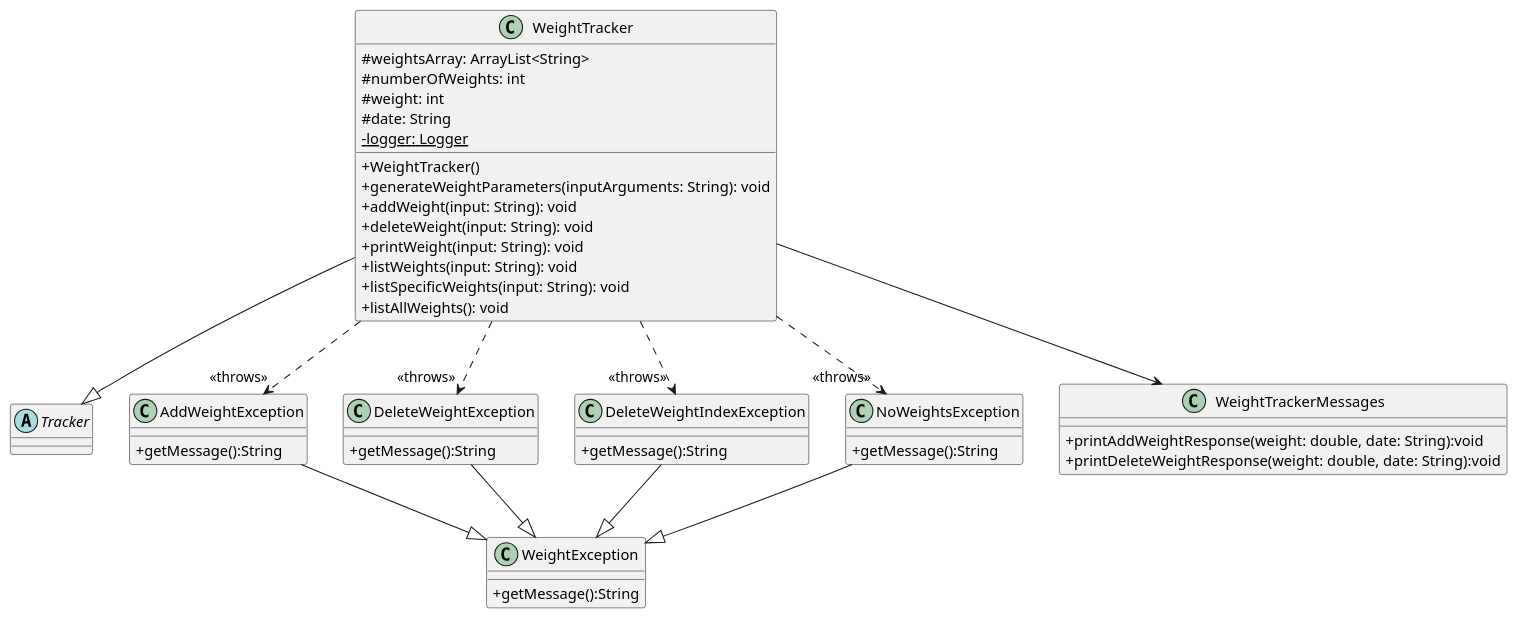
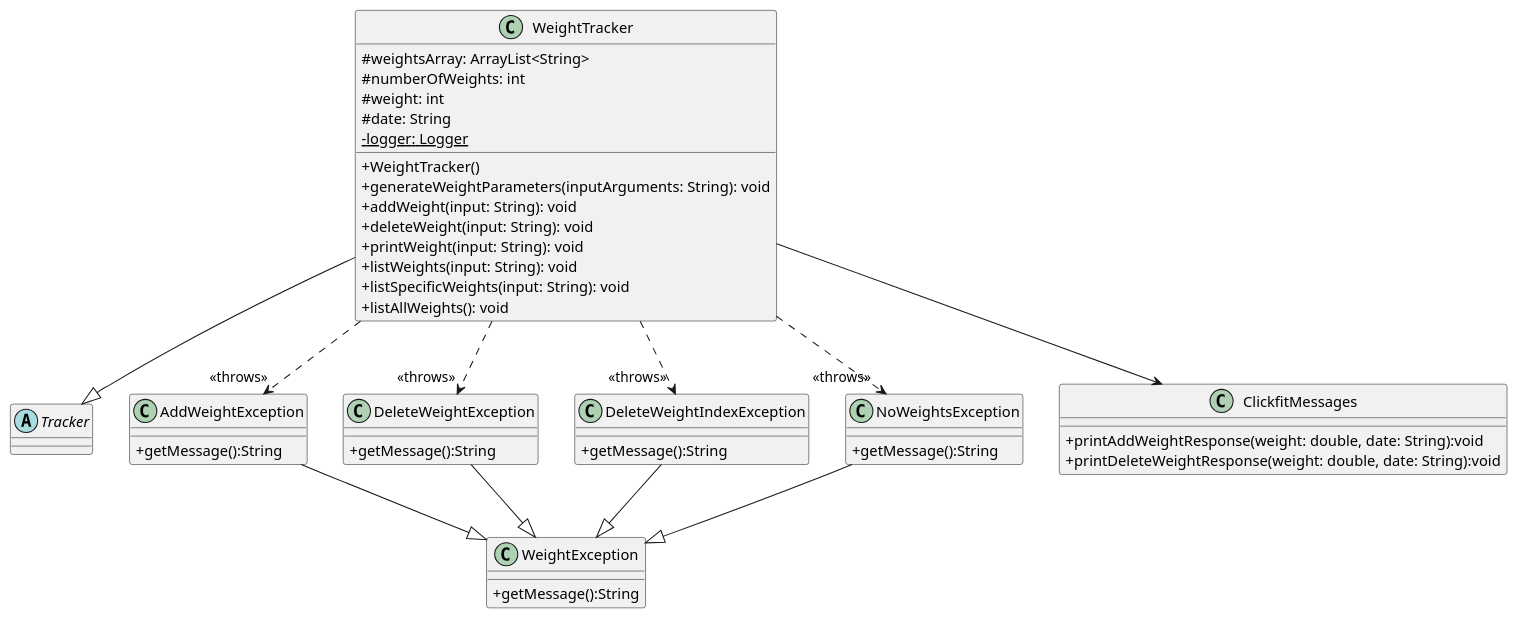
One commit to teoziyiivy/tp changed the diagram in diagrams/WeightTracker_class.puml. Above: the diagram before and after it, drawn with PlantUML. The commit also changed 2 other files, not shown here.

```diff
--- a/diagrams/WeightTracker_class.puml
+++ b/diagrams/WeightTracker_class.puml
@@ -1,54 +1,54 @@
 @startuml
 'https://plantuml.com/class-diagram
 skinparam classAttributeIconSize 0
 
 abstract class Tracker {
 }
 
 class WeightTracker {
 #weightsArray: ArrayList<String>
 #numberOfWeights: int
 #weight: int
 #date: String
 - {static} logger: Logger
 +WeightTracker()
 +generateWeightParameters(inputArguments: String): void
 +addWeight(input: String): void
 +deleteWeight(input: String): void
 +printWeight(input: String): void
 +listWeights(input: String): void
 +listSpecificWeights(input: String): void
 +listAllWeights(): void
 }
 
 class AddWeightException {
 +getMessage():String
 }
 class DeleteWeightException {
 +getMessage():String
 }
 class DeleteWeightIndexException {
 +getMessage():String
 }
 class NoWeightsException {
 +getMessage():String
 }
 class WeightException {
 +getMessage():String
 }
-class WeightTrackerMessages {
+class ClickfitMessages {
 +printAddWeightResponse(weight: double, date: String):void
 +printDeleteWeightResponse(weight: double, date: String):void
 }
-WeightTracker --> WeightTrackerMessages
+WeightTracker --> ClickfitMessages
 WeightTracker ..> "<<throws>>" AddWeightException
 WeightTracker ..> "<<throws>>" DeleteWeightException
 WeightTracker ..> "<<throws>>" DeleteWeightIndexException
 WeightTracker ..> "<<throws>>" NoWeightsException
 WeightTracker --|>  Tracker
 AddWeightException --|>  WeightException
 DeleteWeightException --|>  WeightException
 DeleteWeightIndexException --|>  WeightException
 NoWeightsException --|>  WeightException
 
 @enduml
```
